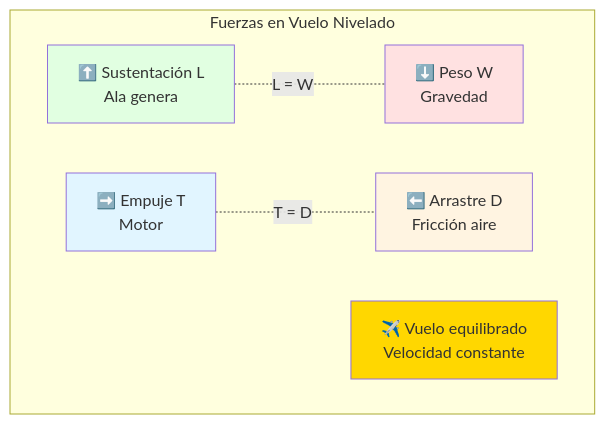
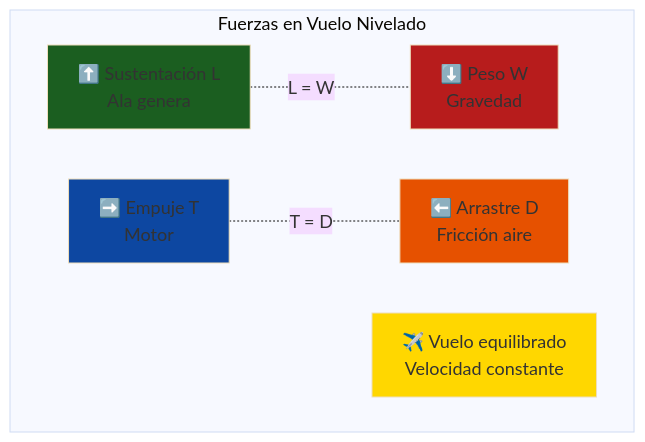
One commit to Ai-Whisperers/Courses-Content changed diagram 11 of 16 in courses/🟡-development/FPUNA-2026/03-INGENIERIA-AERONAUTICA/04-sistemas-propulsion.md. Above: the diagram before and after it, drawn with Mermaid. The commit also changed other lines of this file and 47 other files, not shown here.

First line of the commit message:
fix: Make all 473 diagrams WCAG AAA accessible (FPUNA-2026)

````diff
--- a/courses/🟡-development/FPUNA-2026/03-INGENIERIA-AERONAUTICA/04-sistemas-propulsion.md
+++ b/courses/🟡-development/FPUNA-2026/03-INGENIERIA-AERONAUTICA/04-sistemas-propulsion.md
@@ -670,20 +680,21 @@
 ```mermaid
+%%{init: {'theme':'base', 'themeVariables': {'fontSize':'18px'}}}%%
 graph TD
     subgraph "Fuerzas en Vuelo Nivelado"
         A[⬆️ Sustentación L<br/>Ala genera]
         B[⬇️ Peso W<br/>Gravedad]
         C[➡️ Empuje T<br/>Motor]
         D[⬅️ Arrastre D<br/>Fricción aire]
         
         A -.L = W.- B
         C -.T = D.- D
         
         E[✈️ Vuelo equilibrado<br/>Velocidad constante]
     end
     
-    style A fill:#E1FFE1
-    style B fill:#FFE1E1
-    style C fill:#E1F5FF
-    style D fill:#FFF4E1
+    style A fill:#1b5e20
+    style B fill:#b71c1c
+    style C fill:#0d47a1
+    style D fill:#e65100
     style E fill:#FFD700
 ```
````
